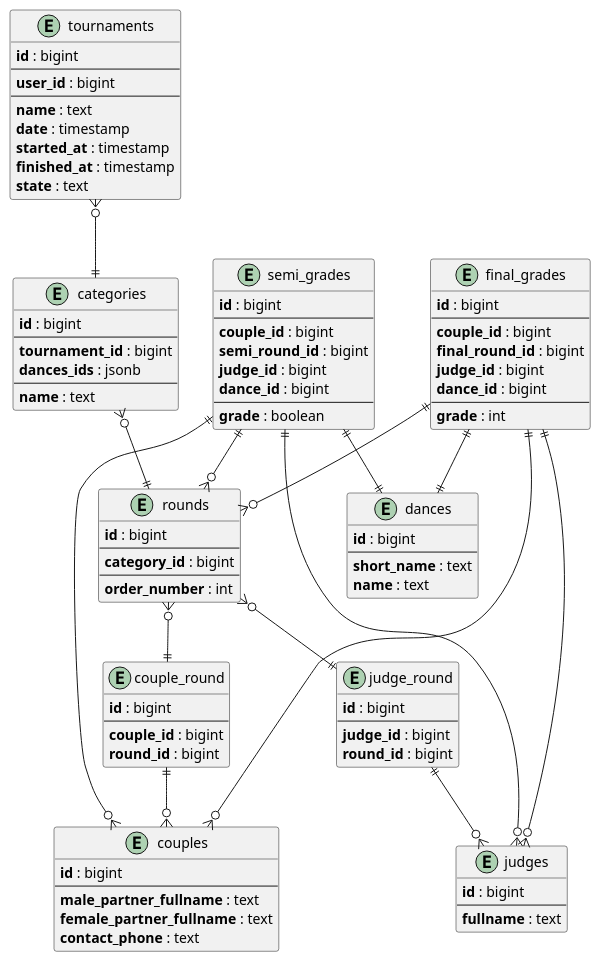
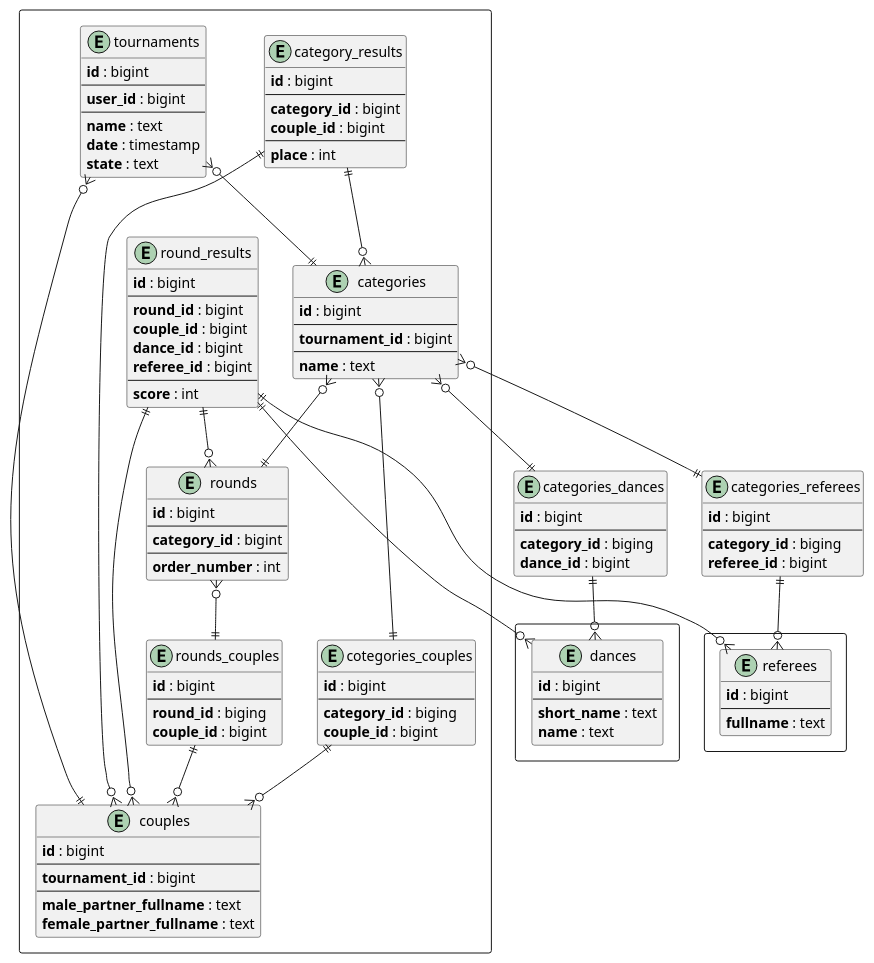
One commit to EpicCodeCrafters/dance-cup-api changed the diagram in doc/model.puml. Above: the diagram before and after it, drawn with PlantUML. The commit also changed 14 other files, not shown here.

```diff
--- a/doc/model.puml
+++ b/doc/model.puml
@@ -1,109 +1,131 @@
 @startuml Model
 
-entity dances {
+rectangle {
+    entity dances {
+        **id** : bigint
+        --
+        **short_name** : text
+        **name** : text
+    }
+}
+
+rectangle {
+    entity referees {
+        **id** : bigint
+        --
+        **fullname** : text
+    }
+}
+
+rectangle {
+    entity tournaments {
+        **id** : bigint
+        --
+        **user_id** : bigint
+        --
+        **name** : text
+        **date** : timestamp
+        **state** : text
+    }
+
+    entity categories {
+        **id** : bigint
+        --
+        **tournament_id** : bigint
+        --
+        **name** : text
+    }
+
+    entity couples {
+        **id** : bigint
+        --
+        **tournament_id** : bigint
+        --
+        **male_partner_fullname** : text
+        **female_partner_fullname** : text
+    }
+
+    entity rounds {
+        **id** : bigint
+        --
+        **category_id** : bigint
+        --
+        **order_number** : int
+    }
+
+    entity round_results {
+        **id** : bigint
+        --
+        **round_id** : bigint
+        **couple_id** : bigint
+        **dance_id** : bigint
+        **referee_id** : bigint
+        --
+        **score** : int
+    }
+
+    entity category_results {
+        **id** : bigint
+        --
+        **category_id** : bigint
+        **couple_id** : bigint
+        --
+        **place** : int
+    }
+
+    entity cotegories_couples {
+        **id** : bigint
+        --
+        **category_id** : biging
+        **couple_id** : bigint
+    }
+
+    entity rounds_couples {
+        **id** : bigint
+        --
+        **round_id** : biging
+        **couple_id** : bigint
+    }
+}
+
+entity categories_dances {
     **id** : bigint
     --
-    **short_name** : text
-    **name** : text
+    **category_id** : biging
+    **dance_id** : bigint
 }
 
-entity couples {
+entity categories_referees {
     **id** : bigint
     --
-    **male_partner_fullname** : text
-    **female_partner_fullname** : text
-    **contact_phone** : text
-}
-
-entity tournaments {
-    **id** : bigint
-    --
-    **user_id** : bigint
-    --
-    **name** : text
-    **date** : timestamp
-    **started_at** : timestamp
-    **finished_at** : timestamp
-    **state** : text
-}
-
-entity categories {
-    **id** : bigint
-    --
-    **tournament_id** : bigint
-    **dances_ids** : jsonb
-    --
-    **name** : text
-}
-
-entity rounds {
-    **id** : bigint
-    --
-    **category_id** : bigint
-    --
-    **order_number** : int
-}
-
-entity judges {
-    **id** : bigint
-    --
-    **fullname** : text
-}
-
-entity semi_grades {
-    **id** : bigint
-    --
-    **couple_id** : bigint
-    **semi_round_id** : bigint
-    **judge_id** : bigint
-    **dance_id** : bigint
-    --
-    **grade** : boolean
-}
-
-entity final_grades {
-    **id** : bigint
-    --
-    **couple_id** : bigint
-    **final_round_id** : bigint
-    **judge_id** : bigint
-    **dance_id** : bigint
-    --
-    **grade** : int
-}
-
-entity judge_round {
-    **id** : bigint
-    --
-    **judge_id** : bigint
-    **round_id** : bigint
-}
-
-entity couple_round {
-    **id** : bigint
-    --
-    **couple_id** : bigint
-    **round_id** : bigint
+    **category_id** : biging
+    **referee_id** : bigint
 }
 
 tournaments }o--|| categories
 
+tournaments }o--|| couples
+
+categories }o--|| categories_dances
+categories_dances ||--o{ dances 
+
+categories }o--|| categories_referees
+categories_referees ||--o{ referees
+
 categories }o--|| rounds
 
-rounds }o--|| judge_round
-judge_round ||--o{ judges
+categories }o--|| cotegories_couples
+cotegories_couples ||--o{ couples
 
-rounds }o--|| couple_round
-couple_round ||--o{ couples
+rounds }o--|| rounds_couples
+rounds_couples ||--o{ couples
 
-semi_grades ||--o{ rounds
-semi_grades ||--o{ judges
-semi_grades ||--o{ couples
-semi_grades ||--|| dances
+round_results ||--o{ rounds
+round_results ||--o{ couples
+round_results ||--o{ dances
+round_results ||--o{ referees
 
-final_grades ||--o{ rounds
-final_grades ||--o{ judges
-final_grades ||--o{ couples
-final_grades ||--|| dances
+category_results ||--o{ categories
+category_results ||--o{ couples
 
 @enduml
```
